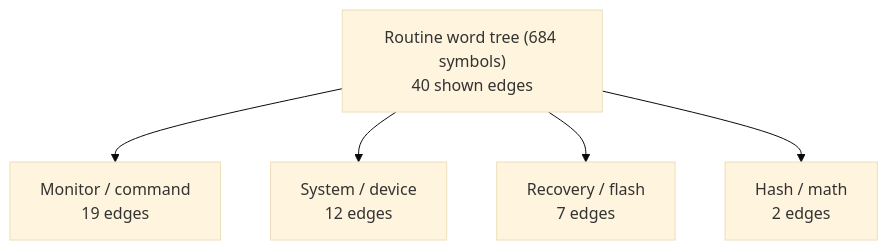
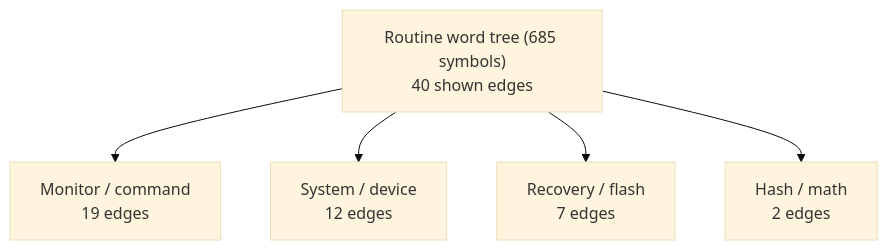
The first of 6 diagrams in DOC/GENERATED/ROUTINE_WORD_TREE.md (95westus/R-YORS), drawn with Mermaid (base theme) before and after one commit. The commit also changed other lines of this file and 33 other files, not shown here.

````diff
--- a/DOC/GENERATED/ROUTINE_WORD_TREE.md
+++ b/DOC/GENERATED/ROUTINE_WORD_TREE.md
@@ -16,7 +16,7 @@
 ```mermaid
 flowchart TD
-    MAP_ROOT_ROUTINE_WORD_TREE__684_SYMBOLS_["Routine word tree (684 symbols)<br/>40 shown edges"] --> MAP_FAMILY_MONITOR___COMMAND["Monitor / command<br/>19 edges"]
-    MAP_ROOT_ROUTINE_WORD_TREE__684_SYMBOLS_["Routine word tree (684 symbols)<br/>40 shown edges"] --> MAP_FAMILY_SYSTEM___DEVICE["System / device<br/>12 edges"]
-    MAP_ROOT_ROUTINE_WORD_TREE__684_SYMBOLS_["Routine word tree (684 symbols)<br/>40 shown edges"] --> MAP_FAMILY_RECOVERY___FLASH["Recovery / flash<br/>7 edges"]
-    MAP_ROOT_ROUTINE_WORD_TREE__684_SYMBOLS_["Routine word tree (684 symbols)<br/>40 shown edges"] --> MAP_FAMILY_HASH___MATH["Hash / math<br/>2 edges"]
+    MAP_ROOT_ROUTINE_WORD_TREE__685_SYMBOLS_["Routine word tree (685 symbols)<br/>40 shown edges"] --> MAP_FAMILY_MONITOR___COMMAND["Monitor / command<br/>19 edges"]
+    MAP_ROOT_ROUTINE_WORD_TREE__685_SYMBOLS_["Routine word tree (685 symbols)<br/>40 shown edges"] --> MAP_FAMILY_SYSTEM___DEVICE["System / device<br/>12 edges"]
+    MAP_ROOT_ROUTINE_WORD_TREE__685_SYMBOLS_["Routine word tree (685 symbols)<br/>40 shown edges"] --> MAP_FAMILY_RECOVERY___FLASH["Recovery / flash<br/>7 edges"]
+    MAP_ROOT_ROUTINE_WORD_TREE__685_SYMBOLS_["Routine word tree (685 symbols)<br/>40 shown edges"] --> MAP_FAMILY_HASH___MATH["Hash / math<br/>2 edges"]
 ```
````
